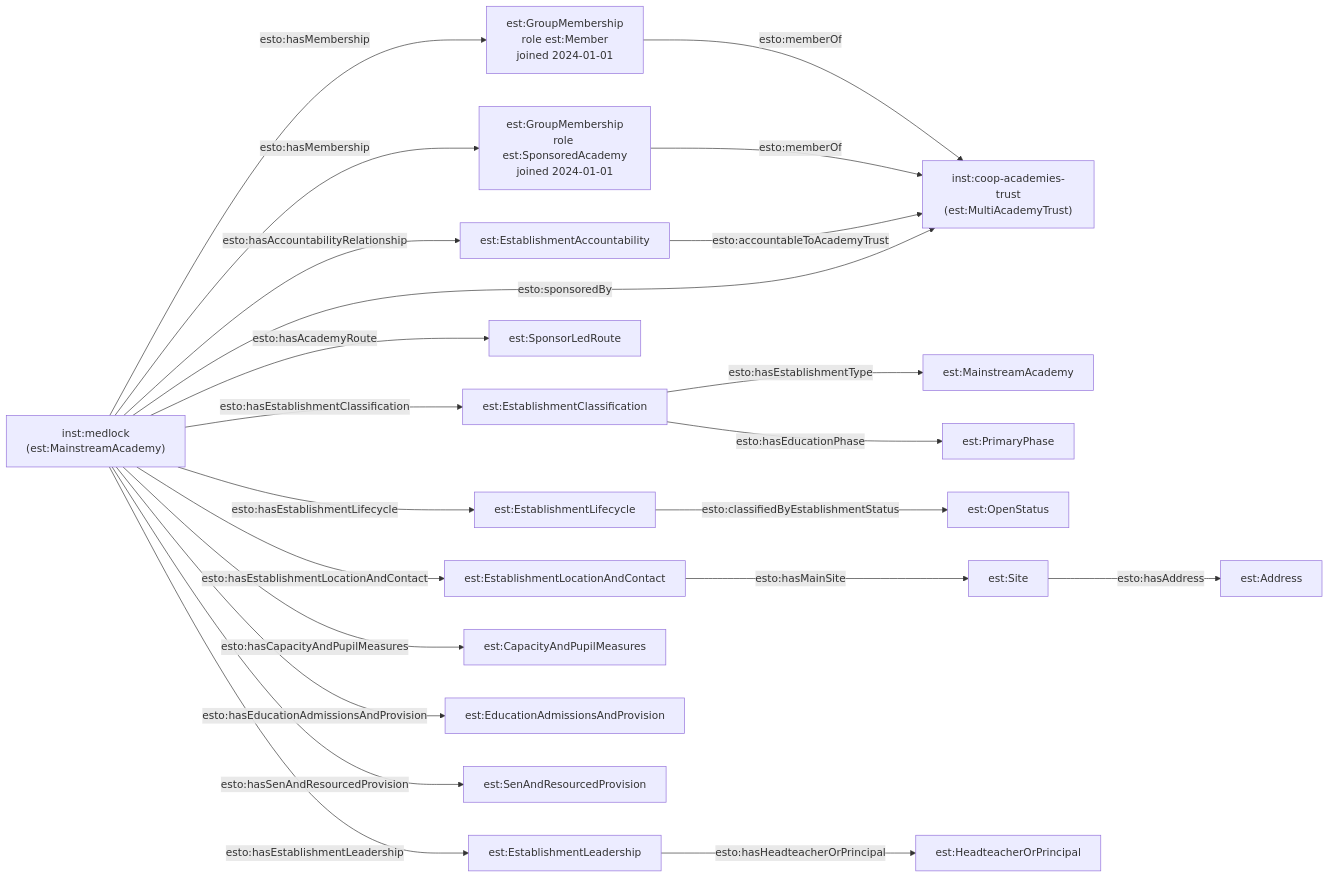
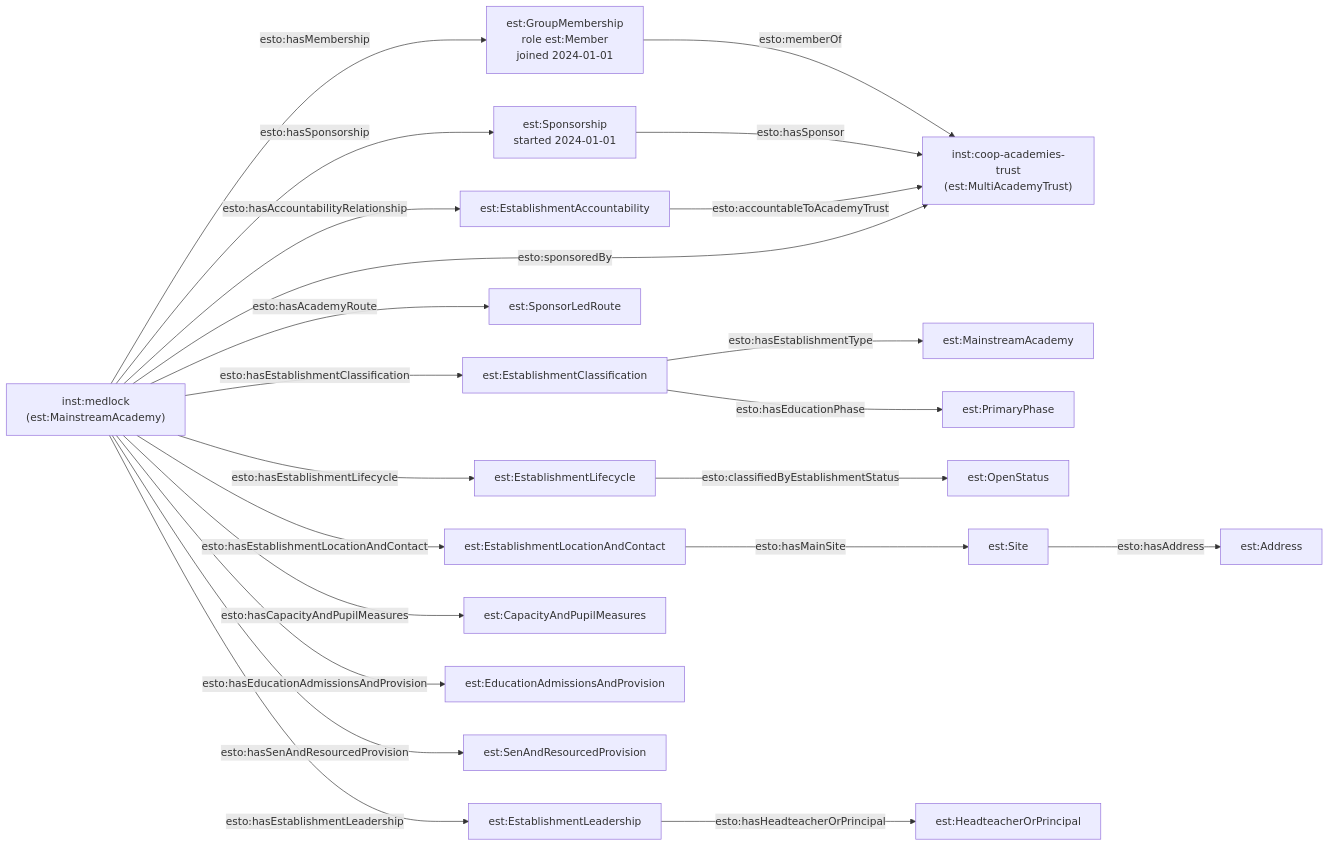
One commit to DFE-Digital/education-provider-registry-docs changed the second of 2 diagrams in docs-site/content/models/establishment/worked-examples/medlock-mat/index.md. Above: the diagram before and after it, drawn with Mermaid. The commit also changed other lines of this file and 9 other files, not shown here.

````diff
--- a/docs-site/content/models/establishment/worked-examples/medlock-mat/index.md
+++ b/docs-site/content/models/establishment/worked-examples/medlock-mat/index.md
@@ -75,33 +75,33 @@
 ```mermaid
 flowchart LR
     AT["inst:coop-academies-trust<br/>(est:MultiAcademyTrust)"]
     MED["inst:medlock<br/>(est:MainstreamAcademy)"]
 
     MED -->|esto:hasMembership| GM1["est:GroupMembership<br/>role est:Member<br/>joined 2024-01-01"]
-    MED -->|esto:hasMembership| GM2["est:GroupMembership<br/>role est:SponsoredAcademy<br/>joined 2024-01-01"]
+    MED -->|esto:hasSponsorship| SPN["est:Sponsorship<br/>started 2024-01-01"]
     GM1 -->|esto:memberOf| AT
-    GM2 -->|esto:memberOf| AT
+    SPN -->|esto:hasSponsor| AT
 
     MED -->|esto:hasAccountabilityRelationship| ACC["est:EstablishmentAccountability"]
     ACC -->|esto:accountableToAcademyTrust| AT
     MED -->|esto:sponsoredBy| AT
 
     MED -->|esto:hasEstablishmentClassification| CL["est:EstablishmentClassification"]
     CL -->|esto:hasEstablishmentType| TY["est:MainstreamAcademy"]
     CL -->|esto:hasEducationPhase| PH["est:PrimaryPhase"]
     MED -->|esto:hasAcademyRoute| RT["est:SponsorLedRoute"]
 
     MED -->|esto:hasEstablishmentLifecycle| LC["est:EstablishmentLifecycle"]
     LC -->|esto:classifiedByEstablishmentStatus| OS["est:OpenStatus"]
 
     MED -->|esto:hasEstablishmentLocationAndContact| LOC["est:EstablishmentLocationAndContact"]
     LOC -->|esto:hasMainSite| SITE["est:Site"]
     SITE -->|esto:hasAddress| ADDR["est:Address"]
 
     MED -->|esto:hasEstablishmentLeadership| LEAD["est:EstablishmentLeadership"]
     LEAD -->|esto:hasHeadteacherOrPrincipal| HT["est:HeadteacherOrPrincipal"]
 
     MED -->|esto:hasCapacityAndPupilMeasures| CAP["est:CapacityAndPupilMeasures"]
     MED -->|esto:hasEducationAdmissionsAndProvision| ADM["est:EducationAdmissionsAndProvision"]
     MED -->|esto:hasSenAndResourcedProvision| SEN["est:SenAndResourcedProvision"]
 ```
````
